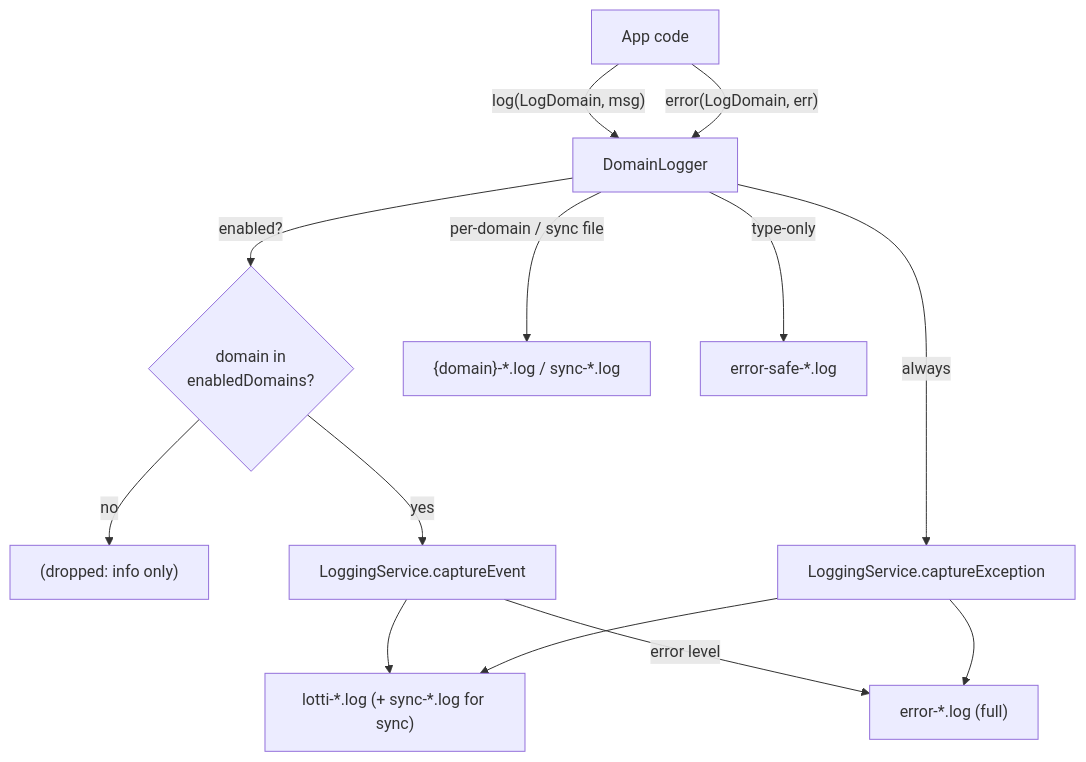
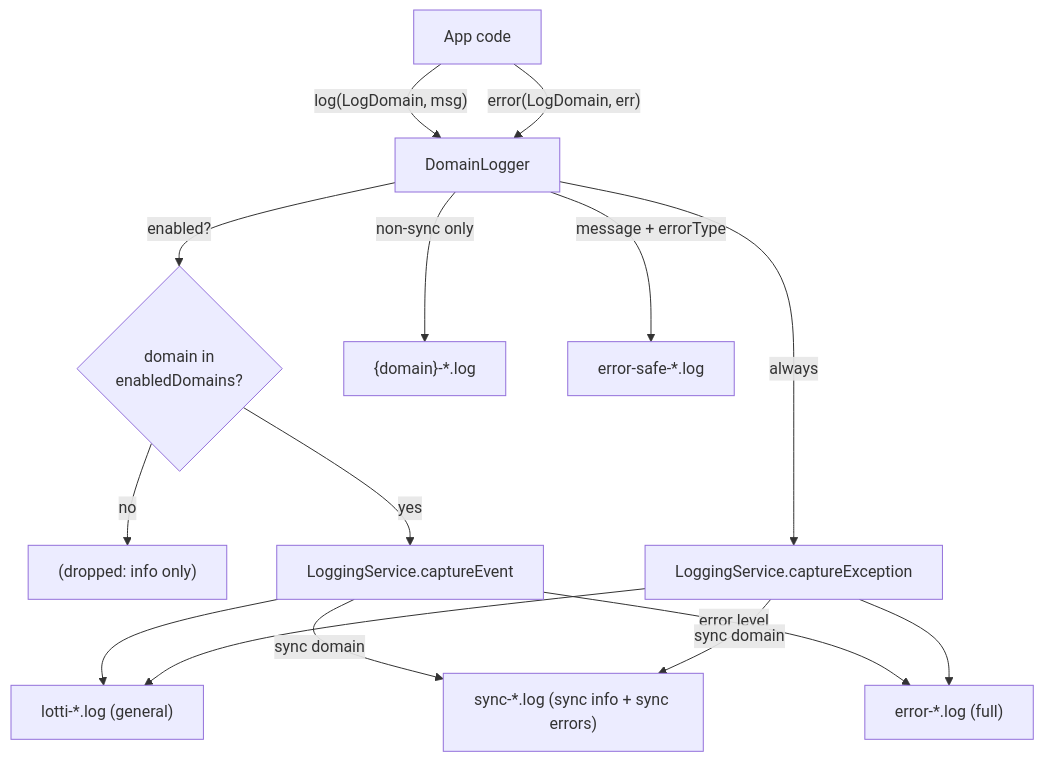
Before and after one commit to matthiasn/lotti: the diagram in lib/services/README.md, drawn with Mermaid. The commit also changed other lines of this file and 43 other files, not shown here.

````diff
--- a/lib/services/README.md
+++ b/lib/services/README.md
@@ -62,15 +69,17 @@
 ```mermaid
 flowchart TD
   App["App code"] -->|"log(LogDomain, msg)"| DL[DomainLogger]
   App -->|"error(LogDomain, err)"| DL
   DL -->|"enabled?"| Gate{"domain in\nenabledDomains?"}
   Gate -- no --> Drop["(dropped: info only)"]
   Gate -- yes --> LS[LoggingService.captureEvent]
   DL -->|"always"| LSE[LoggingService.captureException]
-  DL -->|"per-domain / sync file"| PD["{domain}-*.log / sync-*.log"]
-  DL -->|"type-only"| SAFE["error-safe-*.log"]
-  LS --> GEN["lotti-*.log (+ sync-*.log for sync)"]
+  DL -->|"non-sync only"| PD["{domain}-*.log"]
+  DL -->|"message + errorType"| SAFE["error-safe-*.log"]
+  LS --> GEN["lotti-*.log (general)"]
+  LS -->|"sync domain"| SYNC["sync-*.log (sync info + sync errors)"]
   LS -->|"error level"| ERR["error-*.log (full)"]
   LSE --> GEN
+  LSE -->|"sync domain"| SYNC
   LSE --> ERR
 ```
````
